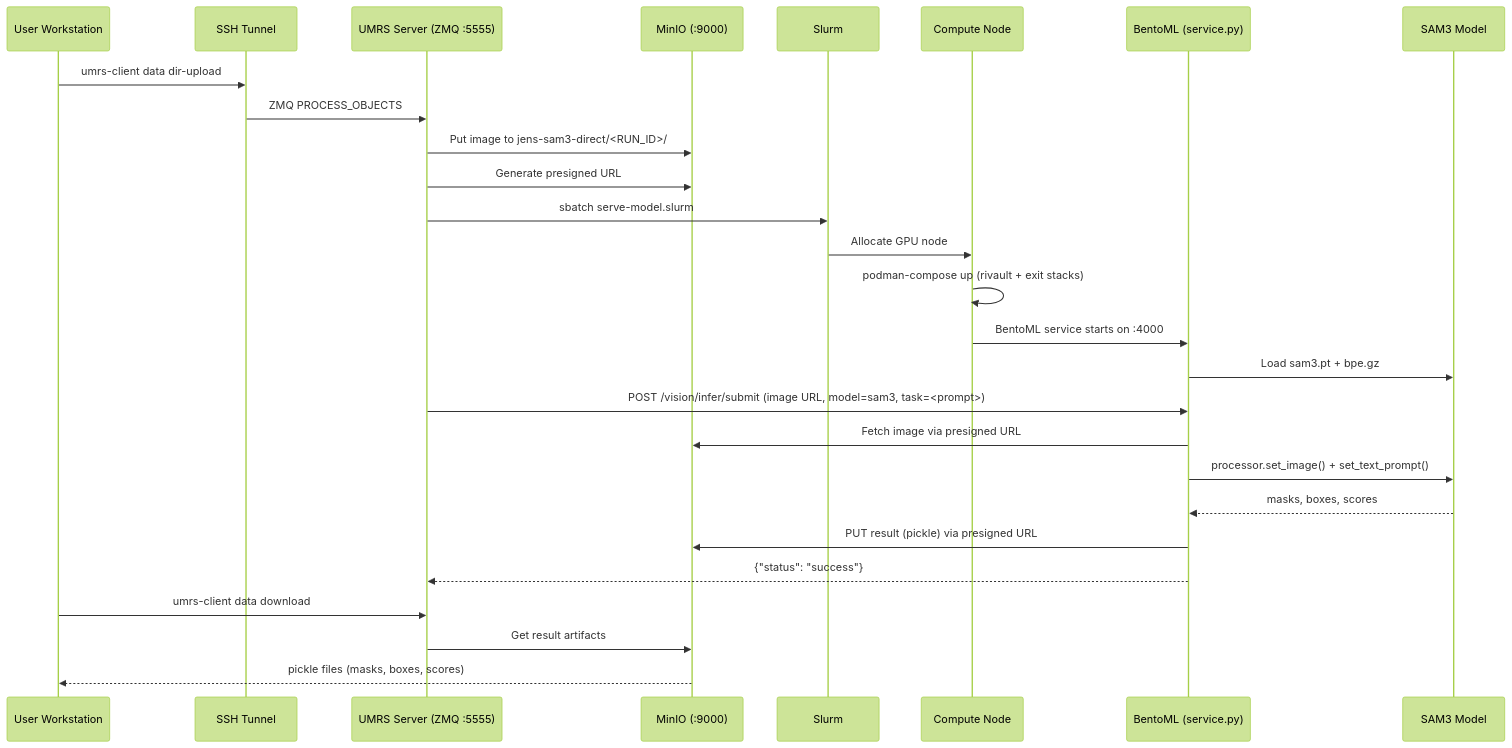
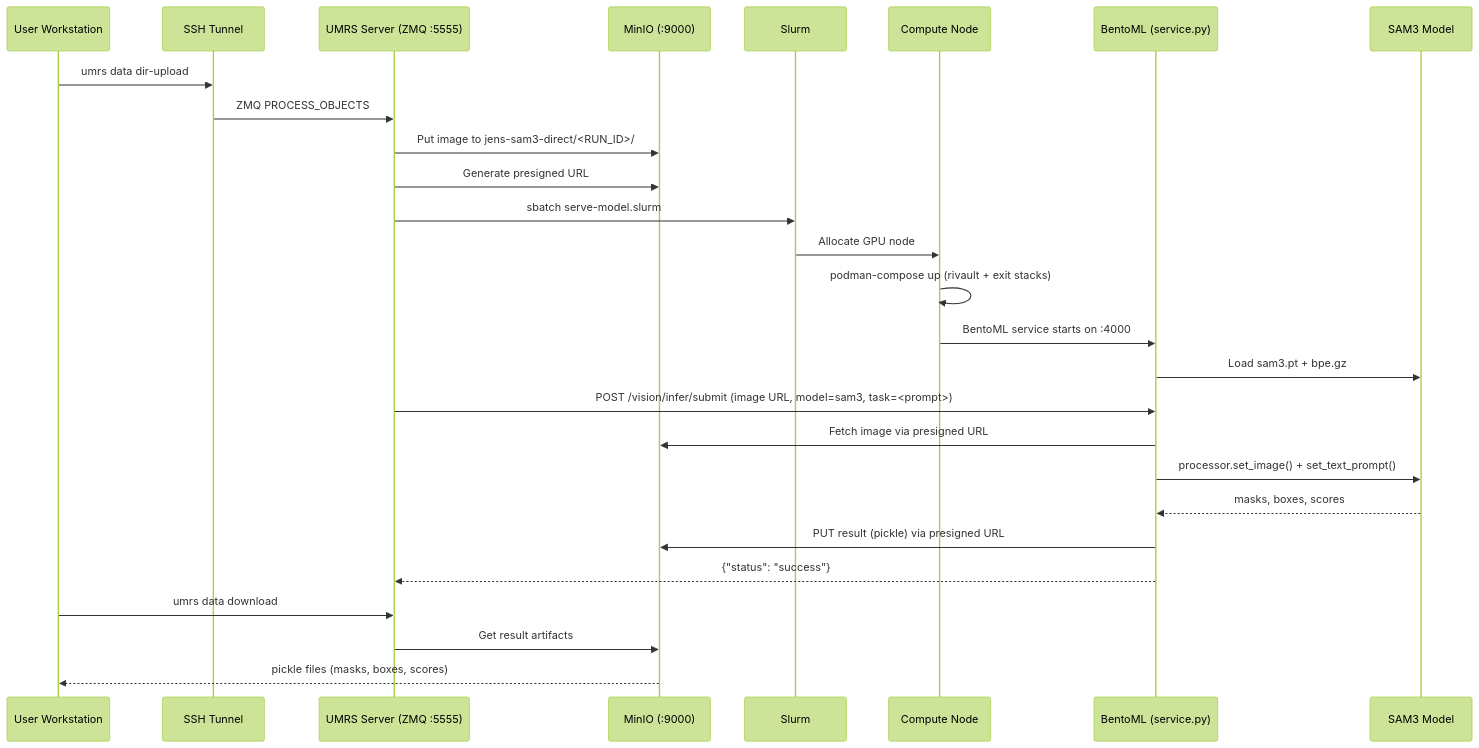
The diagram in demos_jens/11_sam3_direct/TECHNICAL_FLOW.md (UMRS-org/umrs), drawn with Mermaid (forest theme) before and after one commit. The commit also changed other lines of this file and 96 other files, not shown here.

First line of the commit message:
chore(cli): rename 'umrs-client' → 'umrs' in all docs, demos, deploy configs

````diff
--- a/demos_jens/11_sam3_direct/TECHNICAL_FLOW.md
+++ b/demos_jens/11_sam3_direct/TECHNICAL_FLOW.md
@@ -5,30 +5,30 @@
 ```mermaid
 sequenceDiagram
     participant U as User Workstation
     participant T as SSH Tunnel
     participant UMRS as UMRS Server (ZMQ :5555)
     participant S3 as MinIO (:9000)
     participant SL as Slurm
     participant CN as Compute Node
     participant BM as BentoML (service.py)
     participant SAM as SAM3 Model
 
-    U->>T: umrs-client data dir-upload
+    U->>T: umrs data dir-upload
     T->>UMRS: ZMQ PROCESS_OBJECTS
     UMRS->>S3: Put image to jens-sam3-direct/<RUN_ID>/
     UMRS->>S3: Generate presigned URL
     UMRS->>SL: sbatch serve-model.slurm
     SL->>CN: Allocate GPU node
     CN->>CN: podman-compose up (rivault + exit stacks)
     CN->>BM: BentoML service starts on :4000
     BM->>SAM: Load sam3.pt + bpe.gz
     UMRS->>BM: POST /vision/infer/submit (image URL, model=sam3, task=<prompt>)
     BM->>S3: Fetch image via presigned URL
     BM->>SAM: processor.set_image() + set_text_prompt()
     SAM-->>BM: masks, boxes, scores
     BM->>S3: PUT result (pickle) via presigned URL
     BM-->>UMRS: {"status": "success"}
-    U->>UMRS: umrs-client data download
+    U->>UMRS: umrs data download
     UMRS->>S3: Get result artifacts
     S3-->>U: pickle files (masks, boxes, scores)
 ```
````
